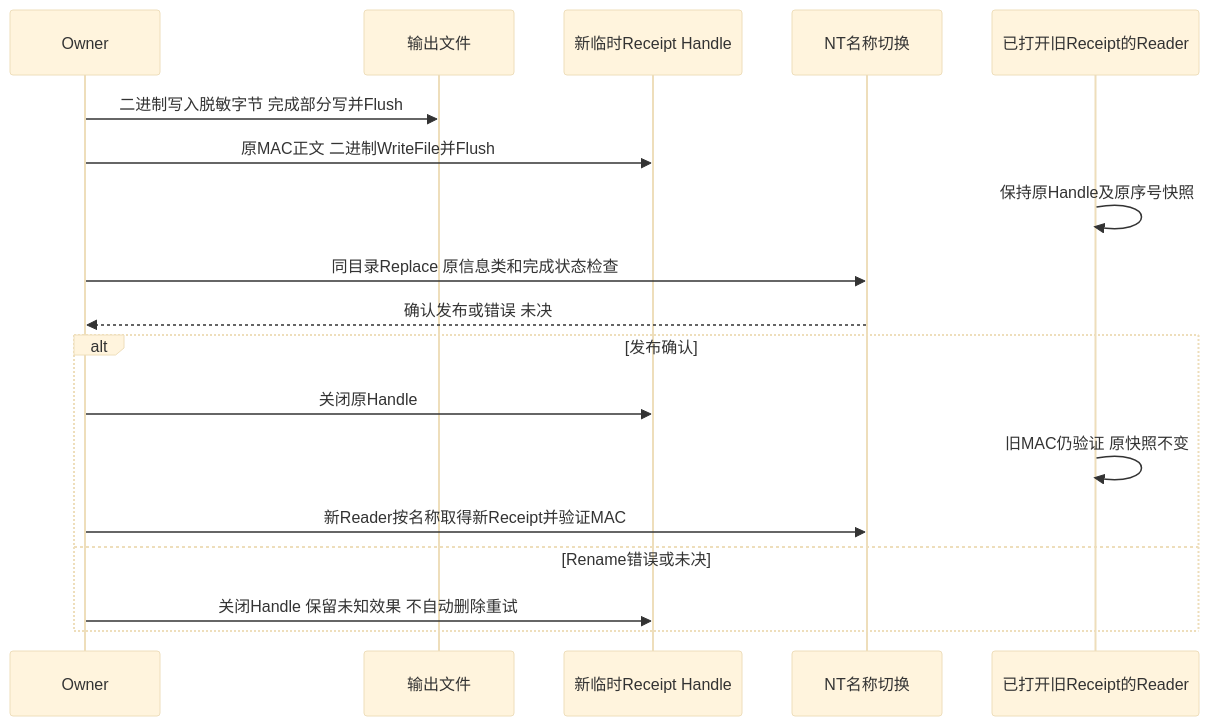
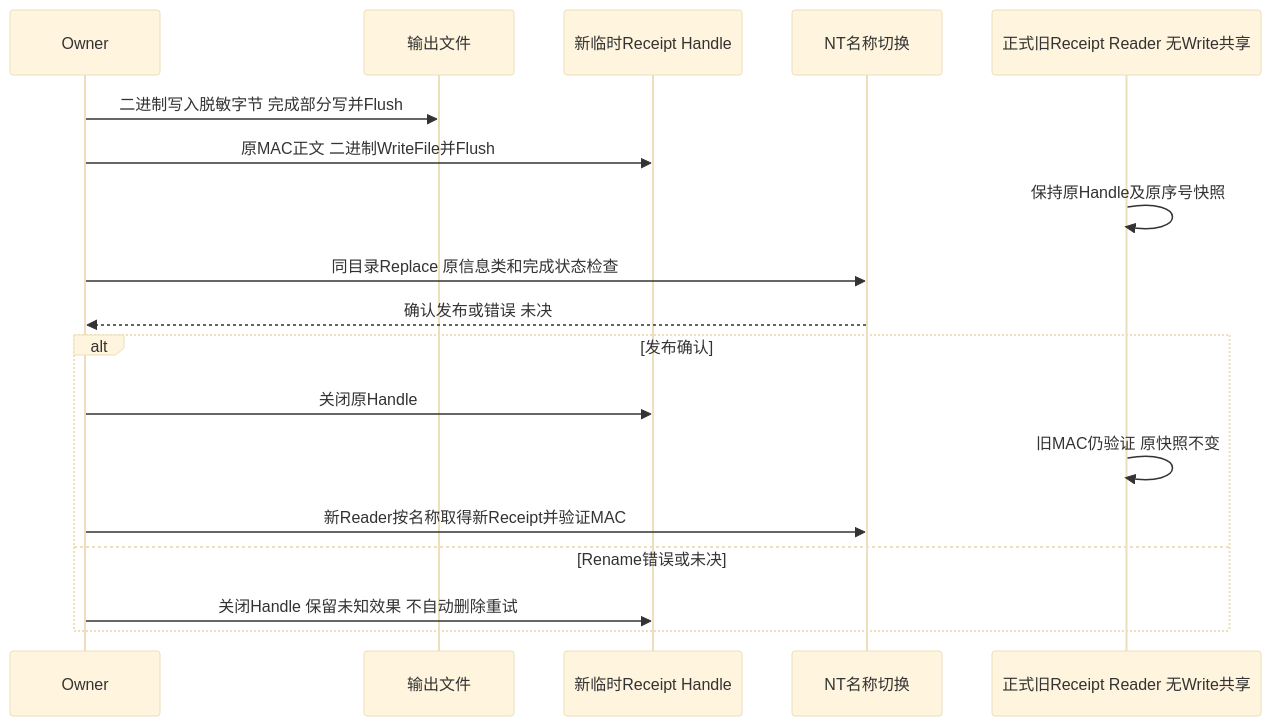
The ninth of 9 diagrams in docs/changes/m09-r1-windows-private-state.md (carrie1988/Harnessix), drawn with Mermaid (base theme) before and after one commit. The commit also changed other lines of this file and 7 other files, not shown here.

````diff
--- a/docs/changes/m09-r1-windows-private-state.md
+++ b/docs/changes/m09-r1-windows-private-state.md
@@ -631,20 +632,20 @@
 ```mermaid
 sequenceDiagram
   participant O as Owner
   participant S as 输出文件
   participant T as 新临时Receipt Handle
   participant N as NT名称切换
-  participant R as 已打开旧Receipt的Reader
+  participant R as 正式旧Receipt Reader 无Write共享
   O->>S: 二进制写入脱敏字节 完成部分写并Flush
   O->>T: 原MAC正文 二进制WriteFile并Flush
   R->>R: 保持原Handle及原序号快照
   O->>N: 同目录Replace 原信息类和完成状态检查
   N-->>O: 确认发布或错误 未决
   alt 发布确认
     O->>T: 关闭原Handle
     R->>R: 旧MAC仍验证 原快照不变
     O->>N: 新Reader按名称取得新Receipt并验证MAC
   else Rename错误或未决
     O->>T: 关闭Handle 保留未知效果 不自动删除重试
   end
 ```
````
